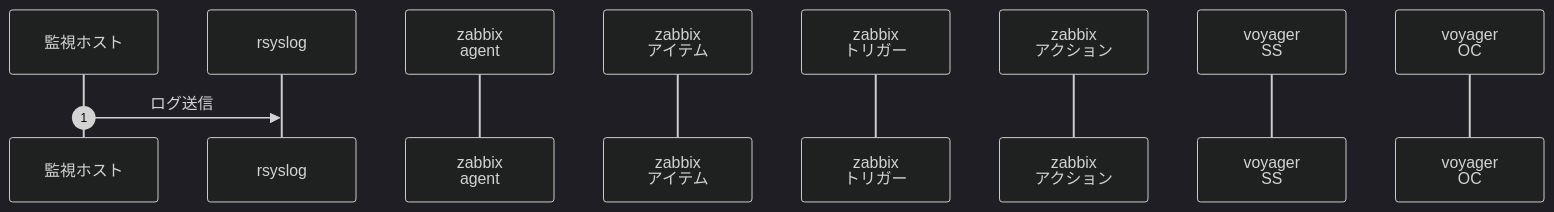
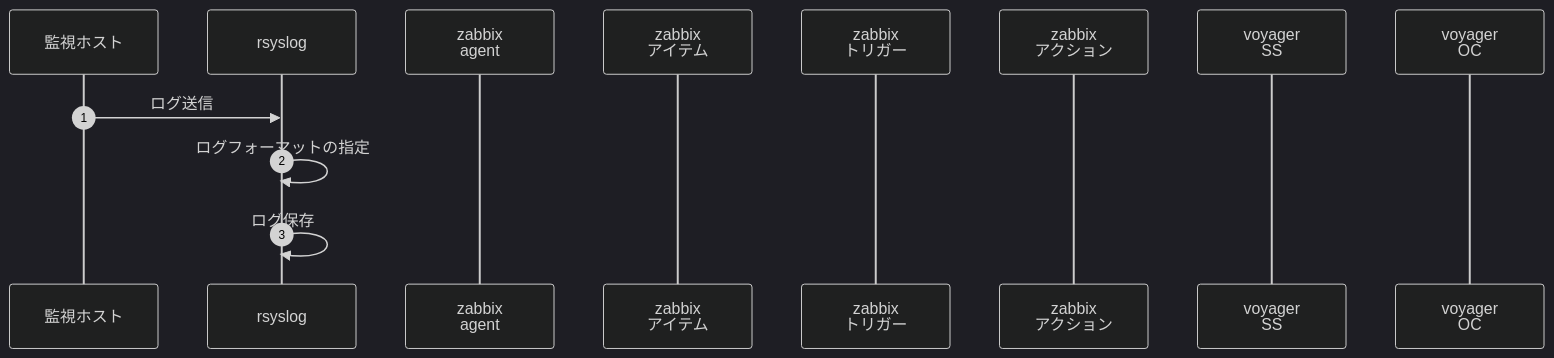
One commit to panda-git-hub/handbook changed the second of 2 diagrams in README.md. Above: the diagram before and after it, drawn with Mermaid (dark theme).

````diff
--- a/README.md
+++ b/README.md
@@ -21,13 +21,15 @@
 ```mermaid
 sequenceDiagram
   autonumber
   participant A as 監視ホスト
   participant B as rsyslog
   participant C as zabbix<br>agent
   participant D as zabbix<br>アイテム
   participant E as zabbix<br>トリガー
   participant F as zabbix<br>アクション
   participant G as voyager<br>SS
   participant H as voyager<br>OC
   A->>B: ログ送信
+  B->>B: ログフォーマットの指定
+  B->>B: ログ保存
 ```
````
